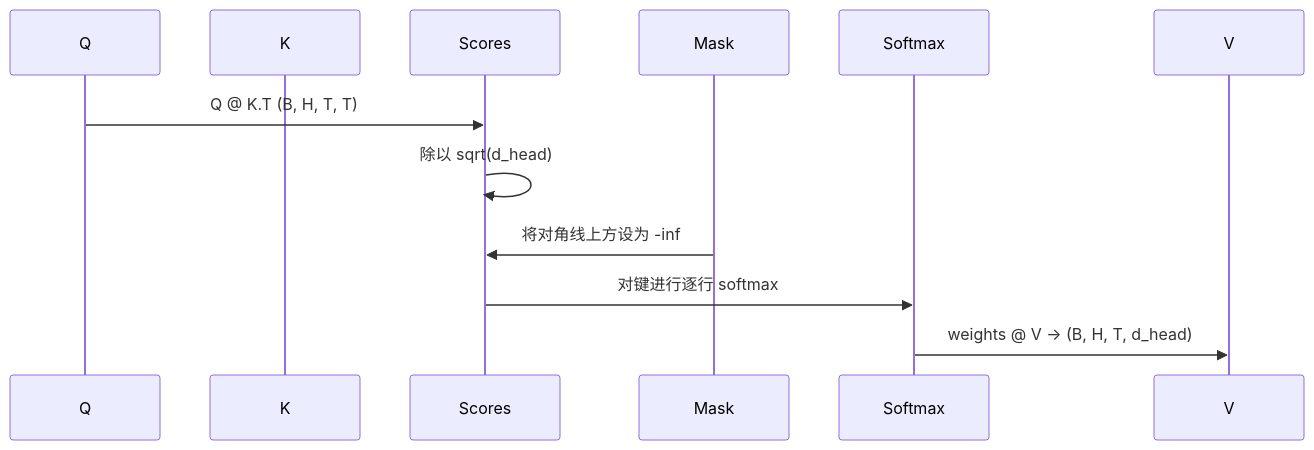
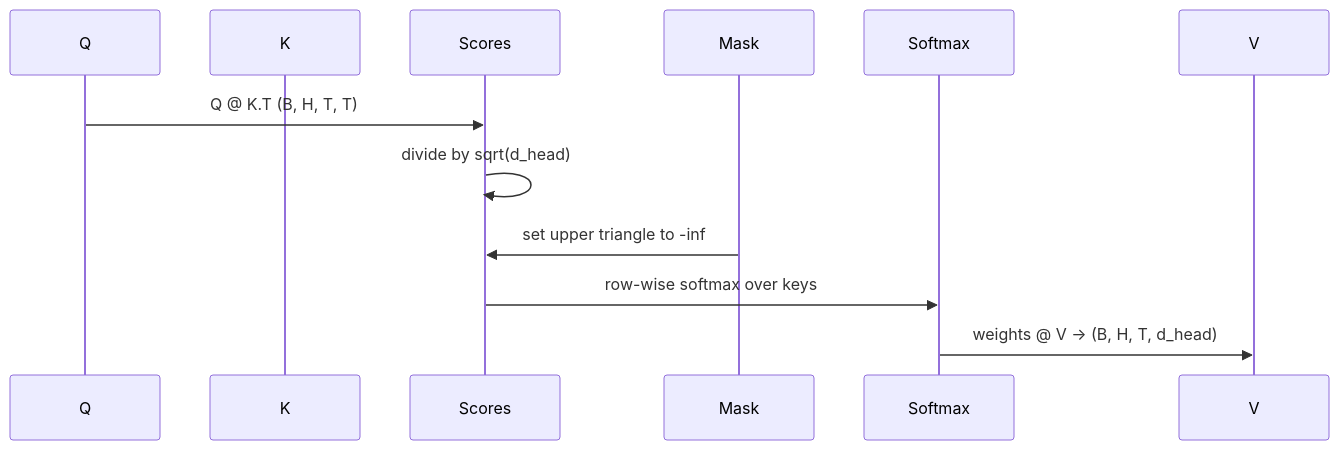
The second of 2 diagrams in i18n/zh/phases/19-capstone-projects/33-multihead-self-attention/docs/zh.md (xiaojiaenen/ai-engineering-from-scratch-zh), drawn with Mermaid before and after one commit. The commit also changed other lines of this file and 85 other files, not shown here.

````diff
--- a/i18n/zh/phases/19-capstone-projects/33-multihead-self-attention/docs/zh.md
+++ b/i18n/zh/phases/19-capstone-projects/33-multihead-self-attention/docs/zh.md
@@ -69,14 +69,14 @@
 ```mermaid
 sequenceDiagram
     participant Q
     participant K
     participant Scores
     participant Mask
     participant Softmax
     participant V
     Q->>Scores: Q @ K.T (B, H, T, T)
-    Scores->>Scores: 除以 sqrt(d_head)
-    Mask->>Scores: 将对角线上方设为 -inf
-    Scores->>Softmax: 对键进行逐行 softmax
+    Scores->>Scores: divide by sqrt(d_head)
+    Mask->>Scores: set upper triangle to -inf
+    Scores->>Softmax: row-wise softmax over keys
     Softmax->>V: weights @ V -> (B, H, T, d_head)
 ```
````
